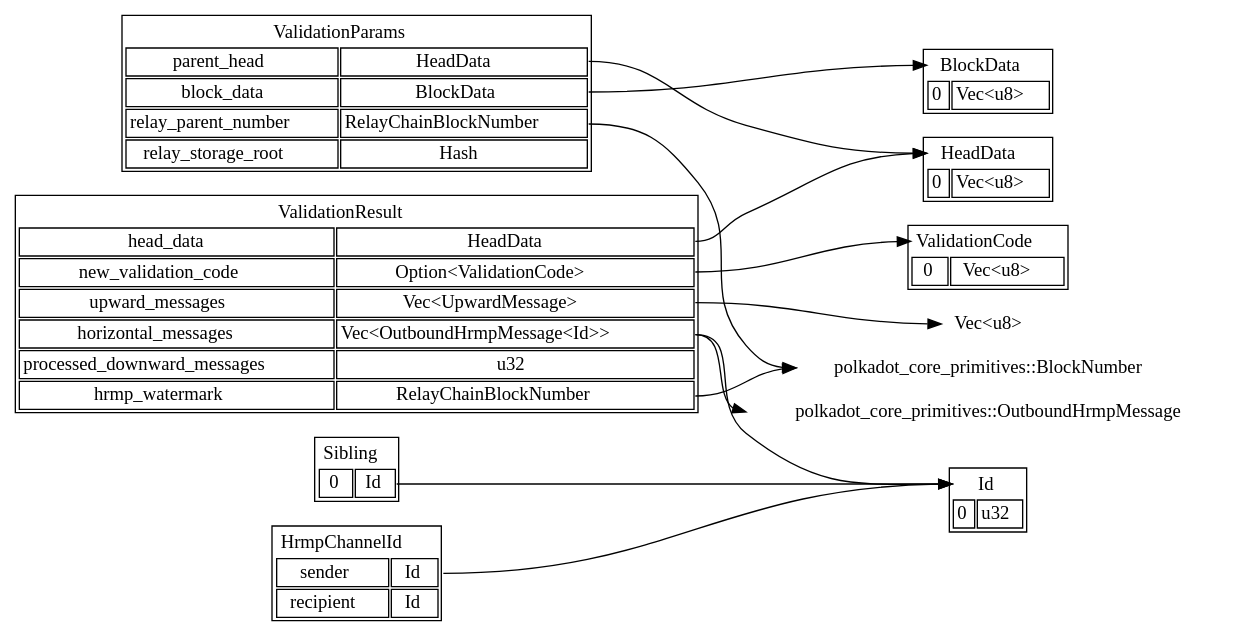
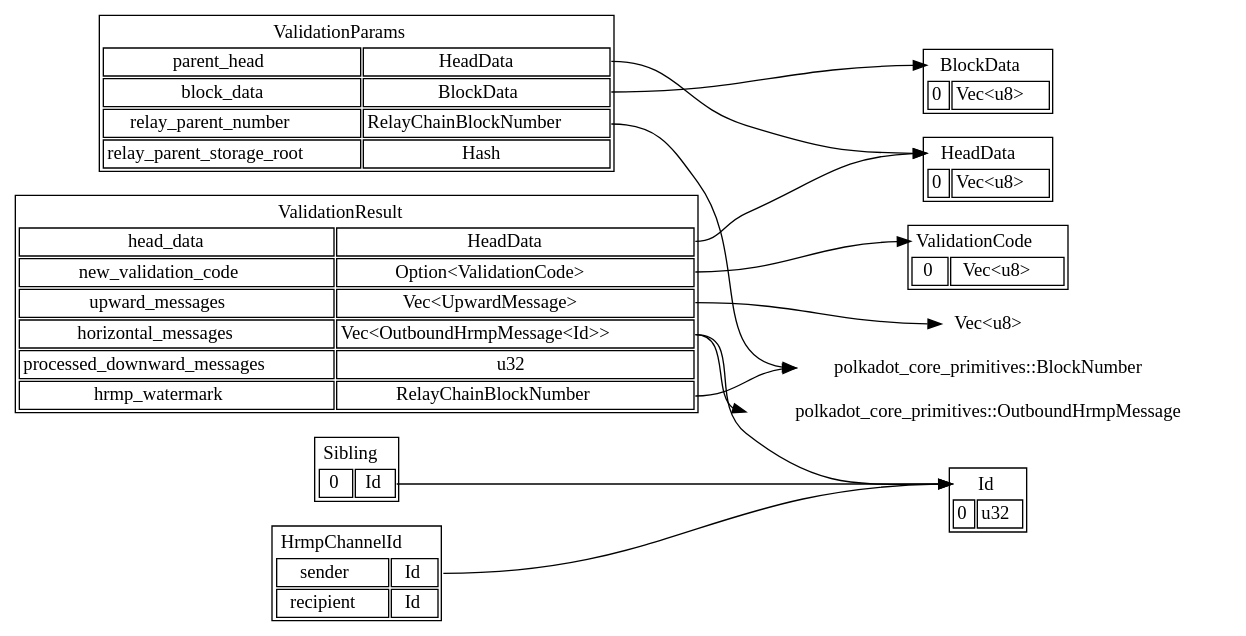
The second of 2 diagrams in roadmap/implementers-guide/src/types/README.md (paritytech/polkadot), drawn with Graphviz before and after one commit. The commit also changed other lines of this file and 13 other files, not shown here.

Commit message:
Rename `relay_storage_root` to `relay_parent_storage_root`

```diff
--- a/roadmap/implementers-guide/src/types/README.md
+++ b/roadmap/implementers-guide/src/types/README.md
@@ -397,7 +397,7 @@
             <tr><td>parent_head</td><td port="parent_head">HeadData</td></tr>
             <tr><td>block_data</td><td port="block_data">BlockData</td></tr>
             <tr><td>relay_parent_number</td><td port="relay_parent_number">RelayChainBlockNumber</td></tr>
-            <tr><td>relay_storage_root</td><td port="relay_storage_root">Hash</td></tr>
+            <tr><td>relay_parent_storage_root</td><td port="relay_parent_storage_root">Hash</td></tr>
         </table>
     >]
 
```
